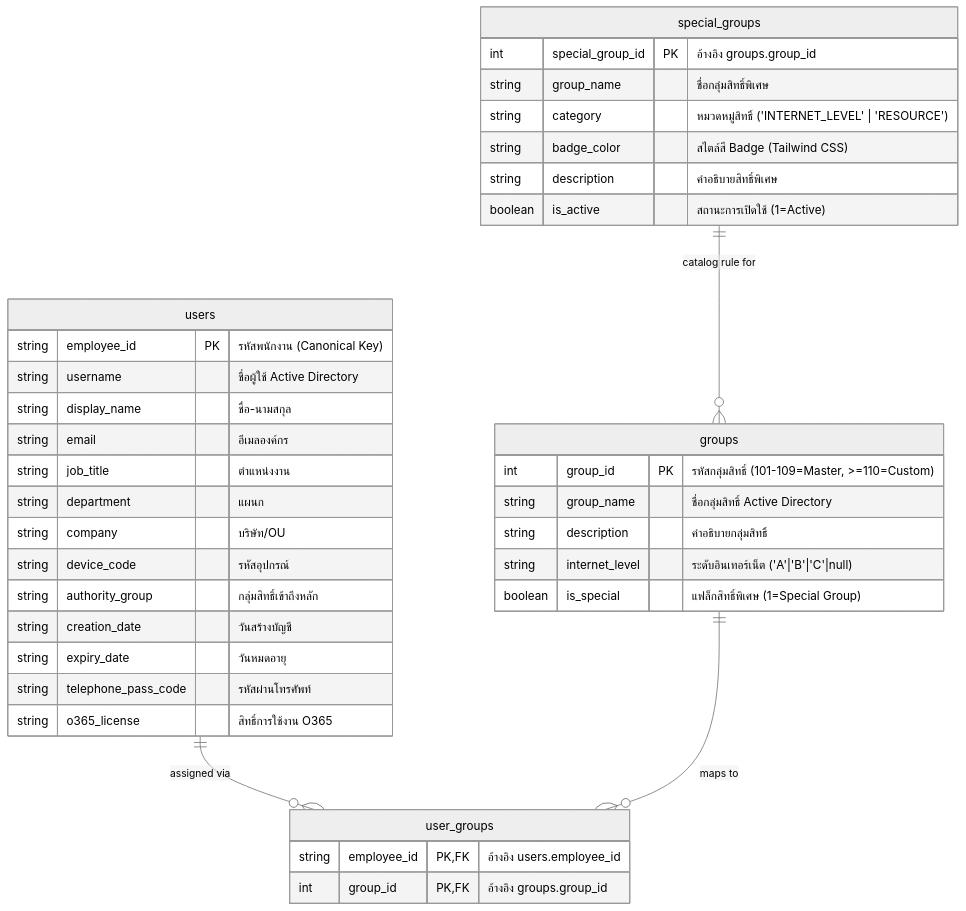
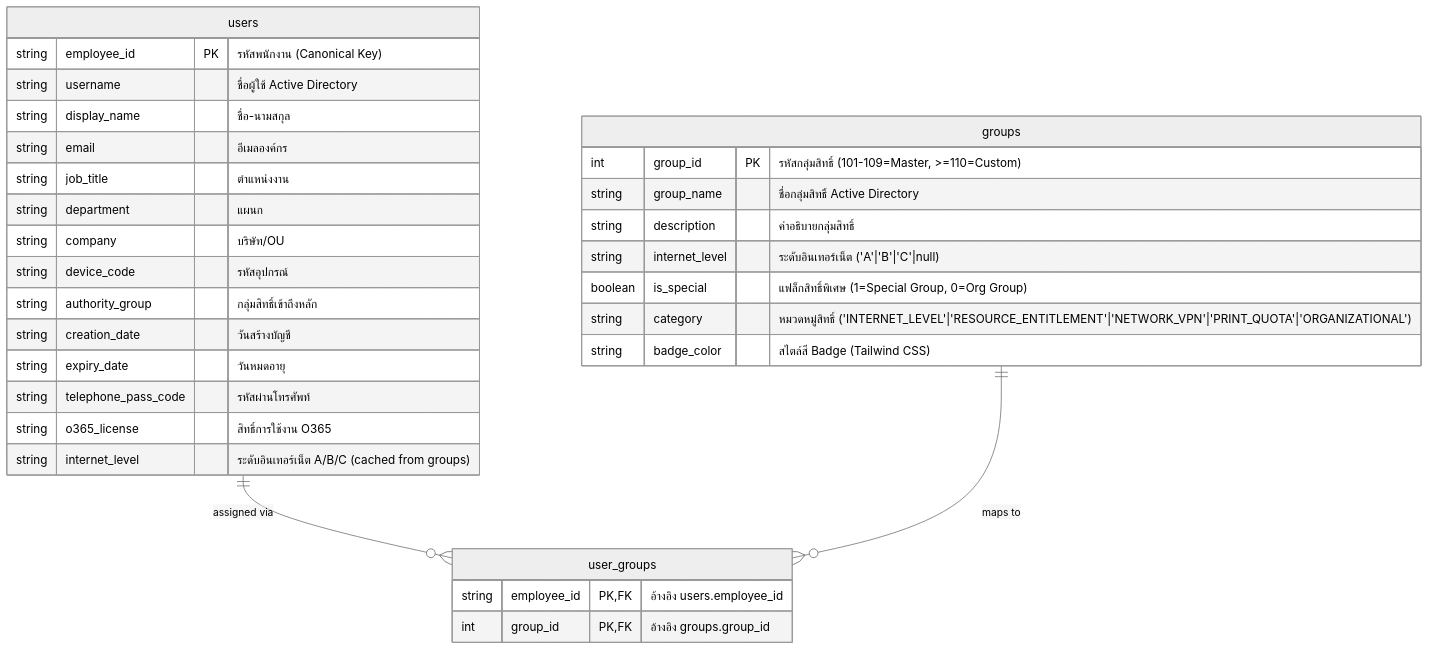
The first of 2 diagrams in docs/system_architecture_diagrams.md (Deizyn/user_access_management), drawn with Mermaid (neutral theme) before and after one commit. The commit also changed other lines of this file and 13 other files, not shown here.

````diff
--- a/docs/system_architecture_diagrams.md
+++ b/docs/system_architecture_diagrams.md
@@ -9,44 +11,37 @@
 ```mermaid
 erDiagram
     users ||--o{ user_groups : "assigned via"
     groups ||--o{ user_groups : "maps to"
-    special_groups ||--o{ groups : "catalog rule for"
 
     users {
         string employee_id PK "รหัสพนักงาน (Canonical Key)"
         string username "ชื่อผู้ใช้ Active Directory"
         string display_name "ชื่อ-นามสกุล"
         string email "อีเมลองค์กร"
         string job_title "ตำแหน่งงาน"
         string department "แผนก"
         string company "บริษัท/OU"
         string device_code "รหัสอุปกรณ์"
         string authority_group "กลุ่มสิทธิ์เข้าถึงหลัก"
         string creation_date "วันสร้างบัญชี"
         string expiry_date "วันหมดอายุ"
         string telephone_pass_code "รหัสผ่านโทรศัพท์"
         string o365_license "สิทธิ์การใช้งาน O365"
+        string internet_level "ระดับอินเทอร์เน็ต A/B/C (cached from groups)"
     }
 
     groups {
         int group_id PK "รหัสกลุ่มสิทธิ์ (101-109=Master, >=110=Custom)"
         string group_name "ชื่อกลุ่มสิทธิ์ Active Directory"
         string description "คำอธิบายกลุ่มสิทธิ์"
         string internet_level "ระดับอินเทอร์เน็ต ('A'|'B'|'C'|null)"
-        boolean is_special "แฟล็กสิทธิ์พิเศษ (1=Special Group)"
-    }
-
-    special_groups {
-        int special_group_id PK "อ้างอิง groups.group_id"
-        string group_name "ชื่อกลุ่มสิทธิ์พิเศษ"
-        string category "หมวดหมู่สิทธิ์ ('INTERNET_LEVEL' | 'RESOURCE')"
+        boolean is_special "แฟล็กสิทธิ์พิเศษ (1=Special Group, 0=Org Group)"
+        string category "หมวดหมู่สิทธิ์ ('INTERNET_LEVEL'|'RESOURCE_ENTITLEMENT'|'NETWORK_VPN'|'PRINT_QUOTA'|'ORGANIZATIONAL')"
         string badge_color "สไตล์สี Badge (Tailwind CSS)"
-        string description "คำอธิบายสิทธิ์พิเศษ"
-        boolean is_active "สถานะการเปิดใช้ (1=Active)"
     }
 
     user_groups {
         string employee_id PK, FK "อ้างอิง users.employee_id"
         int group_id PK, FK "อ้างอิง groups.group_id"
     }
 ```
````
